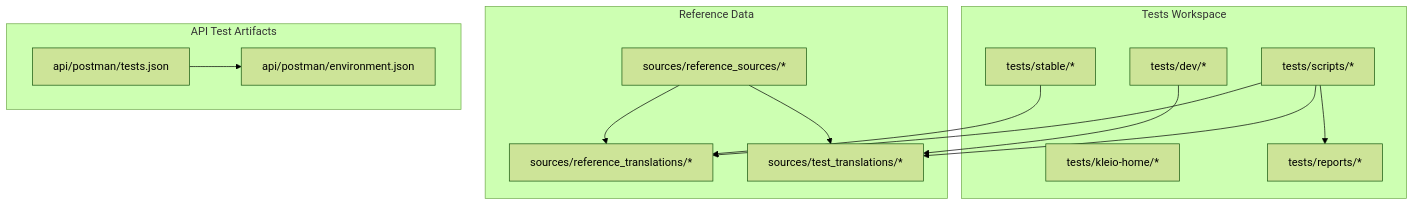
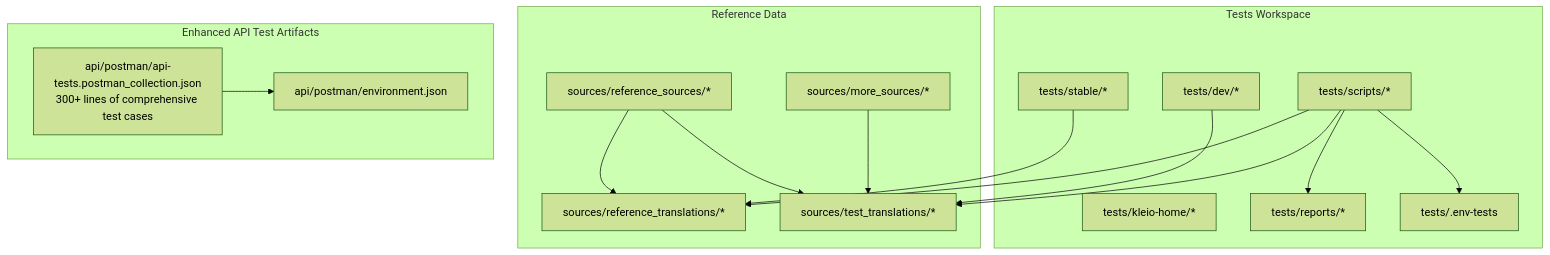
Before and after one commit to time-link/timelink-kleio: the first of 6 diagrams in .qoder/repowiki/en/content/Testing Framework/Testing Framework.md, drawn with Mermaid (forest theme). The commit also changed other lines of this file and 189 other files, not shown here.

````diff
--- a/.qoder/repowiki/en/content/Testing Framework/Testing Framework.md
+++ b/.qoder/repowiki/en/content/Testing Framework/Testing Framework.md
@@ -54,27 +67,31 @@
 ```mermaid
 graph TB
 subgraph "Tests Workspace"
 STABLE["tests/stable/*"]
 DEV["tests/dev/*"]
 HOME["tests/kleio-home/*"]
 SCRIPTS["tests/scripts/*"]
 REPORTS["tests/reports/*"]
+ENV["tests/.env-tests"]
 end
 subgraph "Reference Data"
 RSRC["sources/reference_sources/*"]
 RTRAN["sources/reference_translations/*"]
 TTRAN["sources/test_translations/*"]
+MORSRC["sources/more_sources/*"]
 end
-subgraph "API Test Artifacts"
-PMCOL["api/postman/tests.json"]
+subgraph "Enhanced API Test Artifacts"
+PMCOL["api/postman/api-tests.postman_collection.json<br/>300+ lines of comprehensive test cases"]
 PMENV["api/postman/environment.json"]
 end
 STABLE --> RTRAN
 DEV --> TTRAN
 RSRC --> RTRAN
 RSRC --> TTRAN
+MORSRC --> TTRAN
 SCRIPTS --> RTRAN
 SCRIPTS --> TTRAN
 SCRIPTS --> REPORTS
+SCRIPTS --> ENV
 PMCOL --> PMENV
 ```
````
